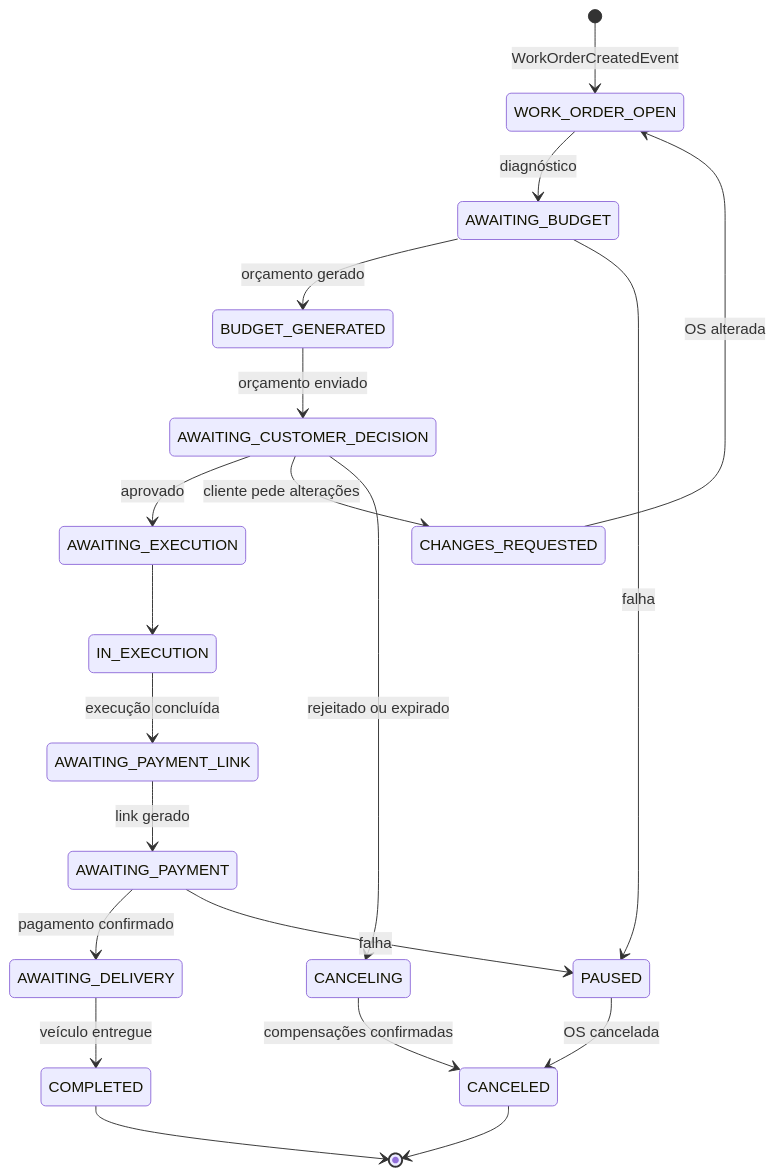
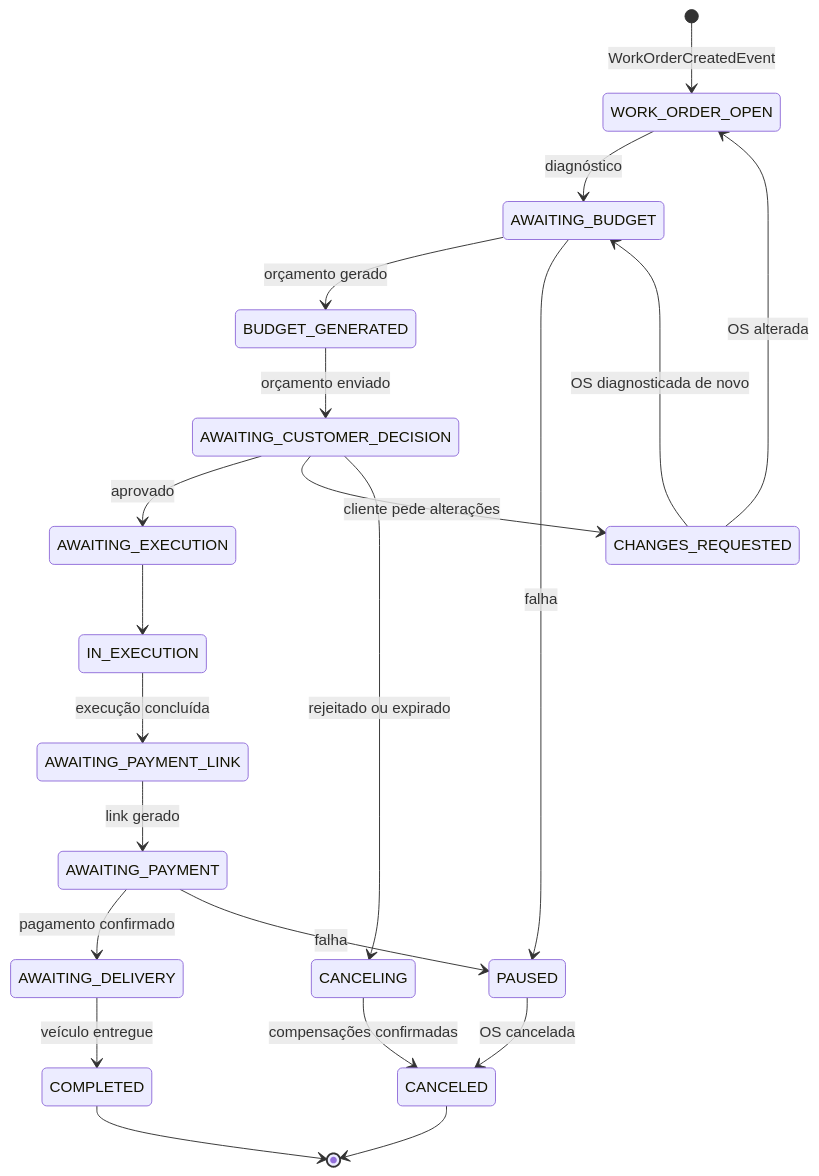
One commit to mecanica-dm/mecanicadm-saga-api-v4 changed the fourth of 5 diagrams in README.md. Above: the diagram before and after it, drawn with Mermaid. The commit also changed other lines of this file and 7 other files, not shown here.

````diff
--- a/README.md
+++ b/README.md
@@ -141,22 +141,23 @@
 ```mermaid
 stateDiagram-v2
     [*] --> WORK_ORDER_OPEN: WorkOrderCreatedEvent
     WORK_ORDER_OPEN --> AWAITING_BUDGET: diagnóstico
     AWAITING_BUDGET --> BUDGET_GENERATED: orçamento gerado
     BUDGET_GENERATED --> AWAITING_CUSTOMER_DECISION: orçamento enviado
     AWAITING_CUSTOMER_DECISION --> AWAITING_EXECUTION: aprovado
     AWAITING_CUSTOMER_DECISION --> CHANGES_REQUESTED: cliente pede alterações
     CHANGES_REQUESTED --> WORK_ORDER_OPEN: OS alterada
+    CHANGES_REQUESTED --> AWAITING_BUDGET: OS diagnosticada de novo
     AWAITING_CUSTOMER_DECISION --> CANCELING: rejeitado ou expirado
     AWAITING_EXECUTION --> IN_EXECUTION
     IN_EXECUTION --> AWAITING_PAYMENT_LINK: execução concluída
     AWAITING_PAYMENT_LINK --> AWAITING_PAYMENT: link gerado
     AWAITING_PAYMENT --> AWAITING_DELIVERY: pagamento confirmado
     AWAITING_DELIVERY --> COMPLETED: veículo entregue
     CANCELING --> CANCELED: compensações confirmadas
     AWAITING_BUDGET --> PAUSED: falha
     AWAITING_PAYMENT --> PAUSED: falha
     PAUSED --> CANCELED: OS cancelada
     COMPLETED --> [*]
     CANCELED --> [*]
 ```
````
